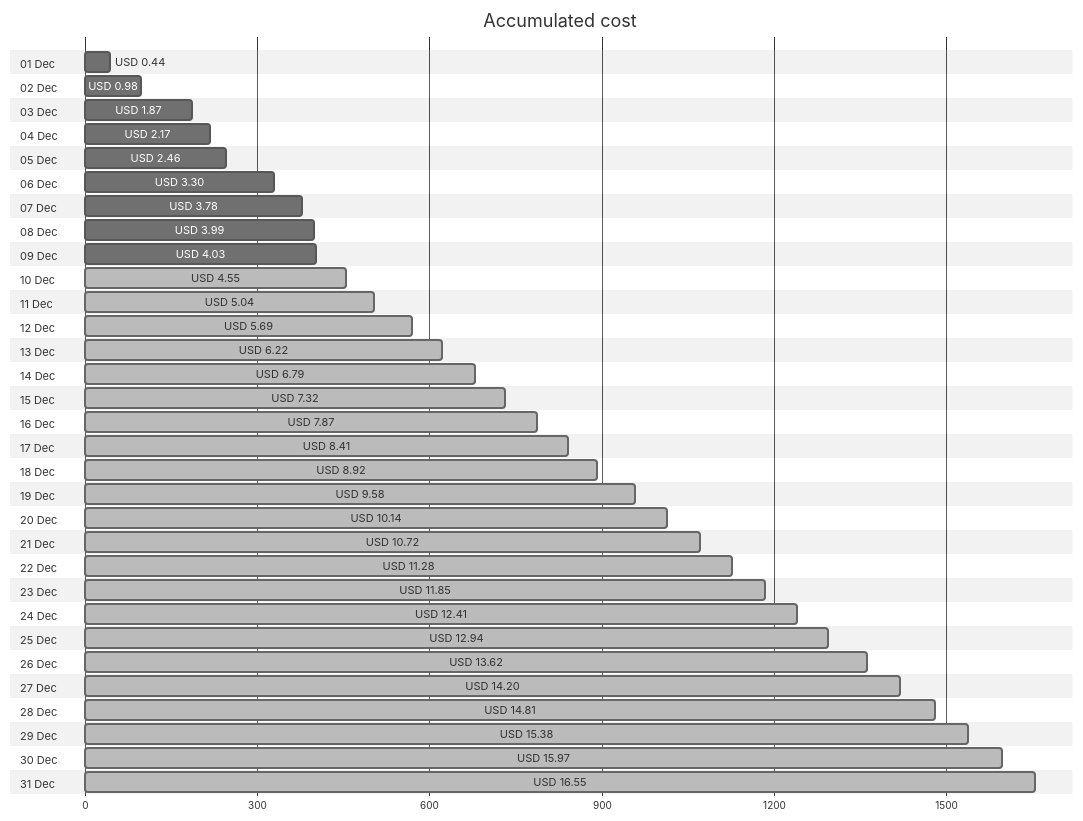
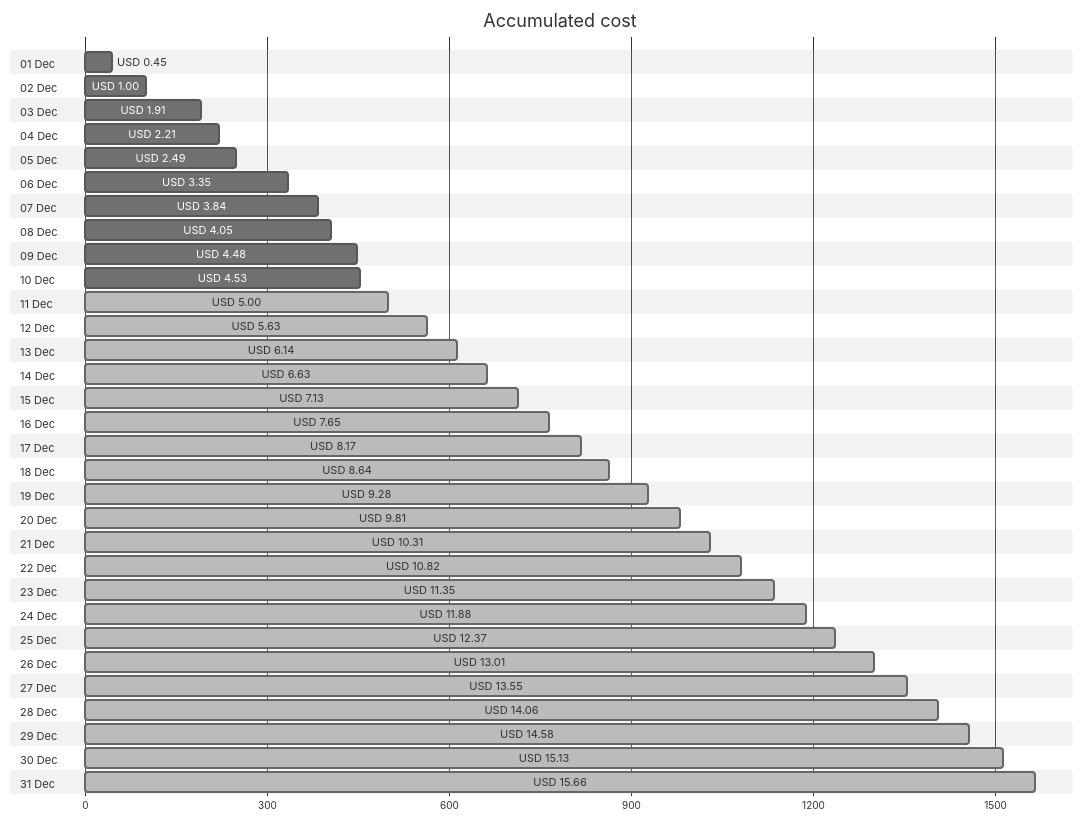
The first of 4 diagrams in cost-reports/personal-network/vpn-server.md (jpfulton/azure-personal-reports), drawn with Mermaid (neutral theme) before and after one commit. The commit also changed other lines of this file and 8 other files, not shown here.

````diff
--- a/cost-reports/personal-network/vpn-server.md
+++ b/cost-reports/personal-network/vpn-server.md
@@ -20,68 +20,68 @@
 ```mermaid
 gantt
    title Accumulated cost
    dateFormat  X
    axisFormat %s
    section 01 Dec
-   USD 0.44 :0, 44
+   USD 0.45 :0, 45
    section 02 Dec
-   USD 0.98 :0, 98
+   USD 1.00 :0, 100
    section 03 Dec
-   USD 1.87 :0, 187
+   USD 1.91 :0, 191
    section 04 Dec
-   USD 2.17 :0, 217
+   USD 2.21 :0, 221
    section 05 Dec
-   USD 2.46 :0, 246
+   USD 2.49 :0, 249
    section 06 Dec
-   USD 3.30 :0, 330
+   USD 3.35 :0, 335
    section 07 Dec
-   USD 3.78 :0, 378
+   USD 3.84 :0, 384
    section 08 Dec
-   USD 3.99 :0, 399
+   USD 4.05 :0, 405
    section 09 Dec
-   USD 4.03 :0, 403
+   USD 4.48 :0, 448
    section 10 Dec
-   USD 4.55 : done, 0, 455
+   USD 4.53 :0, 453
    section 11 Dec
-   USD 5.04 : done, 0, 504
+   USD 5.00 : done, 0, 500
    section 12 Dec
-   USD 5.69 : done, 0, 569
+   USD 5.63 : done, 0, 563
    section 13 Dec
-   USD 6.22 : done, 0, 622
+   USD 6.14 : done, 0, 614
    section 14 Dec
-   USD 6.79 : done, 0, 679
+   USD 6.63 : done, 0, 663
    section 15 Dec
-   USD 7.32 : done, 0, 732
+   USD 7.13 : done, 0, 713
    section 16 Dec
-   USD 7.87 : done, 0, 787
+   USD 7.65 : done, 0, 765
    section 17 Dec
-   USD 8.41 : done, 0, 841
+   USD 8.17 : done, 0, 817
    section 18 Dec
-   USD 8.92 : done, 0, 892
+   USD 8.64 : done, 0, 864
    section 19 Dec
-   USD 9.58 : done, 0, 958
+   USD 9.28 : done, 0, 928
    section 20 Dec
-   USD 10.14 : done, 0, 1014
+   USD 9.81 : done, 0, 981
    section 21 Dec
-   USD 10.72 : done, 0, 1072
+   USD 10.31 : done, 0, 1031
    section 22 Dec
-   USD 11.28 : done, 0, 1128
+   USD 10.82 : done, 0, 1082
    section 23 Dec
-   USD 11.85 : done, 0, 1185
+   USD 11.35 : done, 0, 1135
    section 24 Dec
-   USD 12.41 : done, 0, 1241
+   USD 11.88 : done, 0, 1188
    section 25 Dec
-   USD 12.94 : done, 0, 1294
+   USD 12.37 : done, 0, 1237
    section 26 Dec
-   USD 13.62 : done, 0, 1362
+   USD 13.01 : done, 0, 1301
    section 27 Dec
-   USD 14.20 : done, 0, 1420
+   USD 13.55 : done, 0, 1355
    section 28 Dec
-   USD 14.81 : done, 0, 1481
+   USD 14.06 : done, 0, 1406
    section 29 Dec
-   USD 15.38 : done, 0, 1538
+   USD 14.58 : done, 0, 1458
    section 30 Dec
-   USD 15.97 : done, 0, 1597
+   USD 15.13 : done, 0, 1513
    section 31 Dec
-   USD 16.55 : done, 0, 1655
+   USD 15.66 : done, 0, 1566
 ```
````
